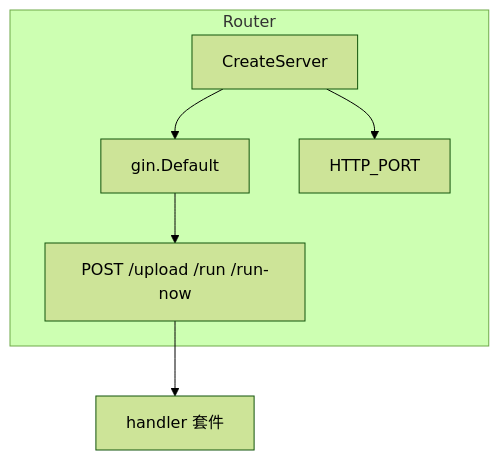
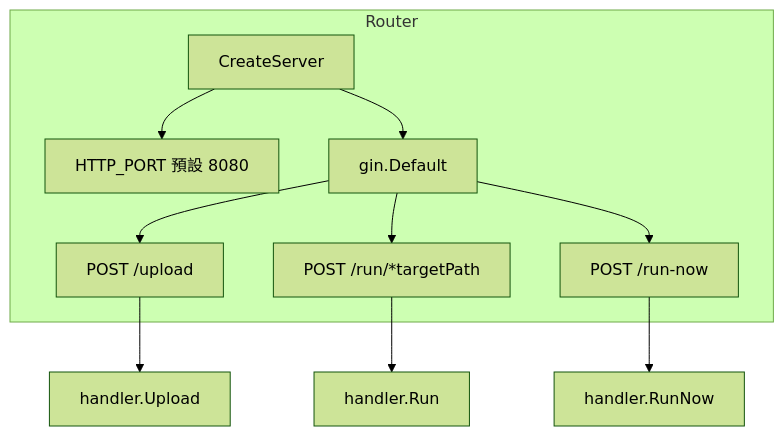
One commit to pardnchiu/HakoRun changed the third of 10 diagrams in doc/architecture.zh.md. Above: the diagram before and after it, drawn with Mermaid (forest theme). The commit also changed other lines of this file and 17 other files, not shown here.

````diff
--- a/doc/architecture.zh.md
+++ b/doc/architecture.zh.md
@@ -24,9 +53,13 @@
 ```mermaid
 graph TB
     subgraph Router
-        CreateServer[CreateServer] --> Gin[gin.Default]
-        Gin --> Routes[POST /upload /run /run-now]
-        CreateServer --> Port[HTTP_PORT]
+        CreateServer[CreateServer] --> Port[HTTP_PORT 預設 8080]
+        CreateServer --> Gin[gin.Default]
+        Gin --> R1[POST /upload]
+        Gin --> R2[POST /run/*targetPath]
+        Gin --> R3[POST /run-now]
     end
-    Routes --> Handler[handler 套件]
+    R1 --> Upload[handler.Upload]
+    R2 --> Run[handler.Run]
+    R3 --> RunNow[handler.RunNow]
 ```
````
